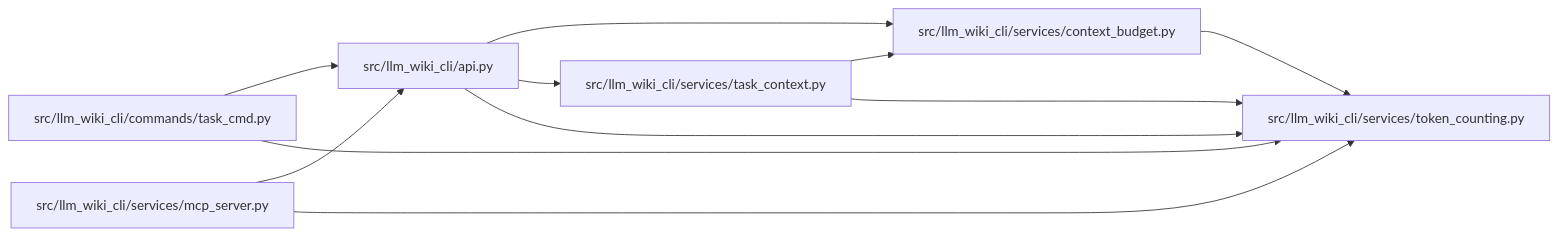
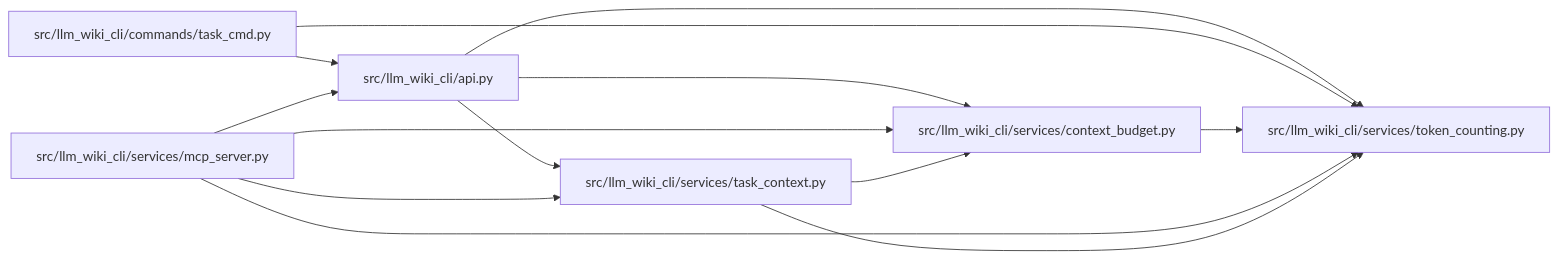
The diagram in docs/llm_wiki/modules/token_counting.md (Denissvgn/python-wiki-llm), drawn with Mermaid before and after one commit. The commit also changed other lines of this file and 631 other files, not shown here.

````diff
--- a/docs/llm_wiki/modules/token_counting.md
+++ b/docs/llm_wiki/modules/token_counting.md
@@ -25,25 +26,27 @@
 ```mermaid
 flowchart LR
     n0["src/llm_wiki_cli/api.py"]
     n1["src/llm_wiki_cli/commands/task_cmd.py"]
     n2["src/llm_wiki_cli/services/context_budget.py"]
     n3["src/llm_wiki_cli/services/mcp_server.py"]
     n4["src/llm_wiki_cli/services/task_context.py"]
     n5["src/llm_wiki_cli/services/token_counting.py"]
     n0 --> n2
     n0 --> n4
     n0 --> n5
     n1 --> n0
     n1 --> n5
     n2 --> n5
     n3 --> n0
+    n3 --> n2
+    n3 --> n4
     n3 --> n5
     n4 --> n2
     n4 --> n5
     click n0 "../modules/api.md"
     click n1 "../modules/task_cmd.md"
     click n2 "../modules/context_budget.md"
     click n3 "../modules/mcp_server.md"
     click n4 "../modules/task_context.md"
     click n5 "../modules/token_counting.md"
 ```
````
